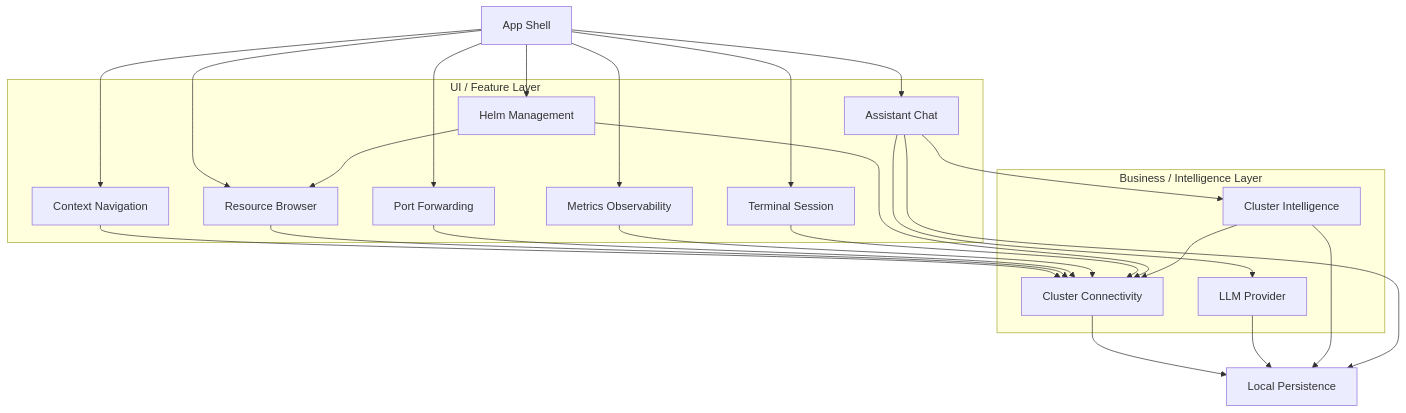
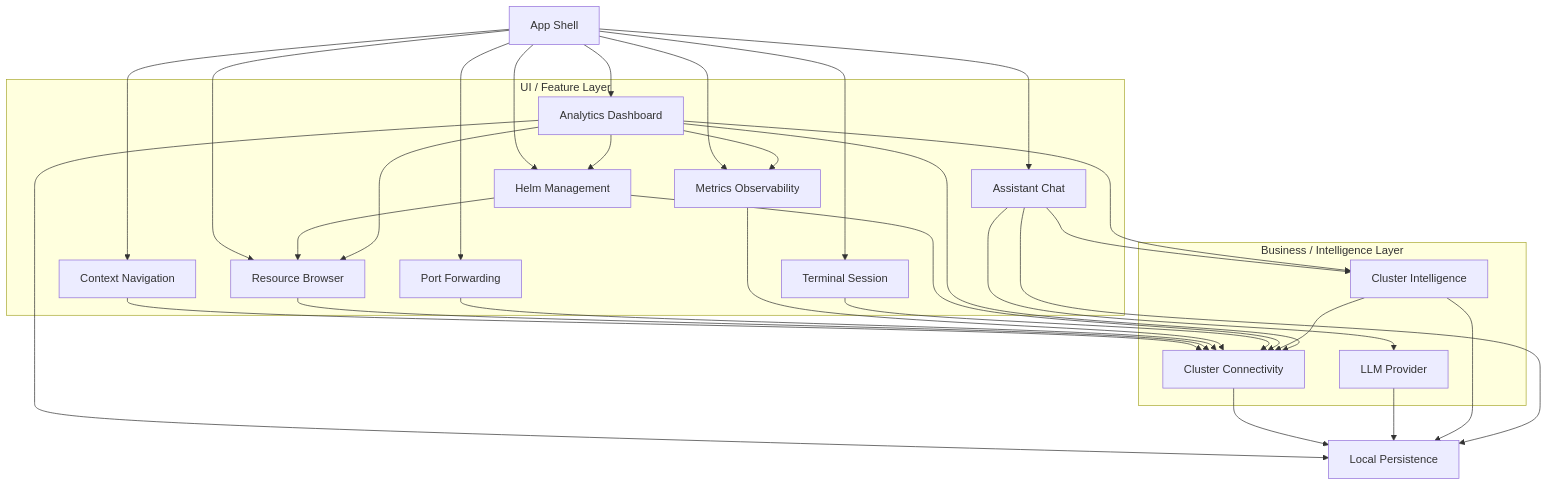
The diagram in README.md (farchanjo/k8s-manager), drawn with Mermaid before and after one commit. The commit also changed other lines of this file and 24 other files, not shown here.

First line of the commit message:
docs(arch): add UX patterns (ADR-0023) and analytics dashboard BC (ADR-0024)

````diff
--- a/README.md
+++ b/README.md
@@ -66,47 +71,56 @@
 ```mermaid
 graph TB
     appShell[App Shell]
 
     subgraph uiLayer [UI / Feature Layer]
         contextNavigation[Context Navigation]
         resourceBrowser[Resource Browser]
         portForwarding[Port Forwarding]
         metricsObservability[Metrics Observability]
         terminalSession[Terminal Session]
         helmManagement[Helm Management]
         assistantChat[Assistant Chat]
+        analyticsDashboard[Analytics Dashboard]
     end
 
     subgraph businessLayer [Business / Intelligence Layer]
         clusterConnectivity[Cluster Connectivity]
         clusterIntelligence[Cluster Intelligence]
         llmProvider[LLM Provider]
     end
 
     localPersistence[Local Persistence]
 
     appShell --> contextNavigation
     appShell --> resourceBrowser
     appShell --> portForwarding
     appShell --> metricsObservability
     appShell --> terminalSession
     appShell --> helmManagement
     appShell --> assistantChat
+    appShell --> analyticsDashboard
 
     contextNavigation --> clusterConnectivity
     resourceBrowser --> clusterConnectivity
     portForwarding --> clusterConnectivity
     metricsObservability --> clusterConnectivity
     terminalSession --> clusterConnectivity
     helmManagement --> clusterConnectivity
     helmManagement --> resourceBrowser
 
     assistantChat --> llmProvider
     assistantChat --> clusterIntelligence
     clusterIntelligence --> clusterConnectivity
 
+    analyticsDashboard --> clusterConnectivity
+    analyticsDashboard --> resourceBrowser
+    analyticsDashboard --> metricsObservability
+    analyticsDashboard --> helmManagement
+    analyticsDashboard --> clusterIntelligence
+    analyticsDashboard --> localPersistence
+
     clusterConnectivity --> localPersistence
     llmProvider --> localPersistence
     clusterIntelligence --> localPersistence
     assistantChat --> localPersistence
 ```
````
